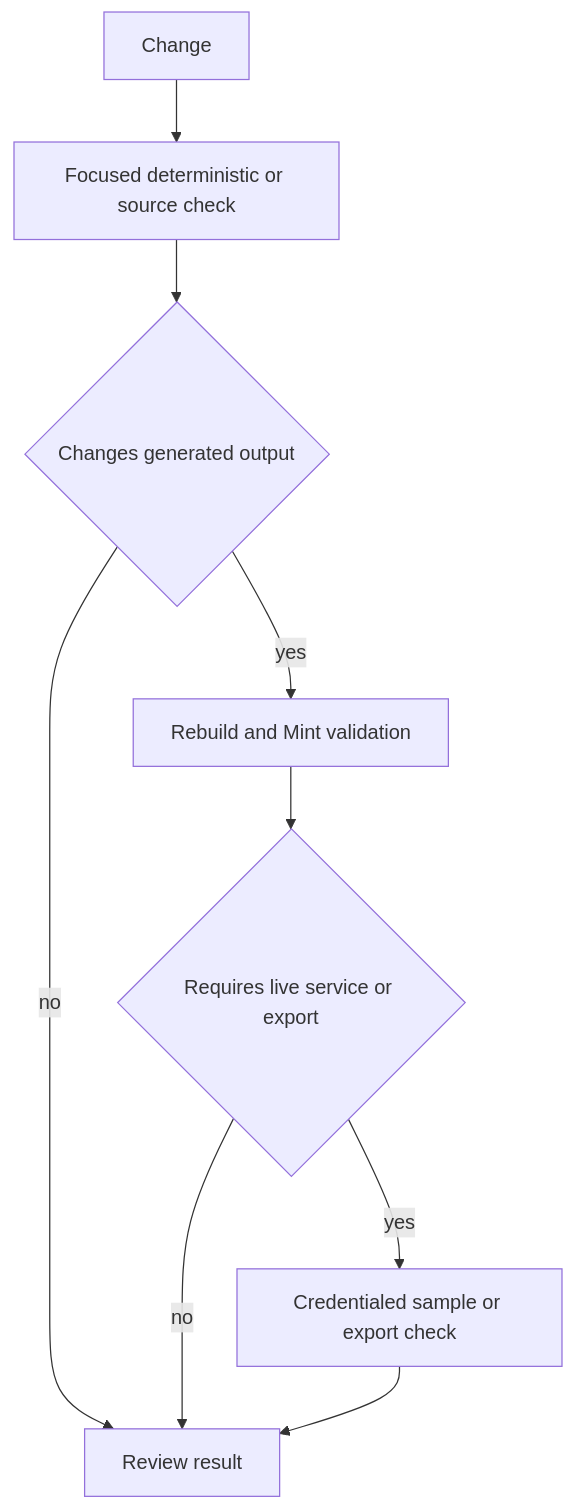
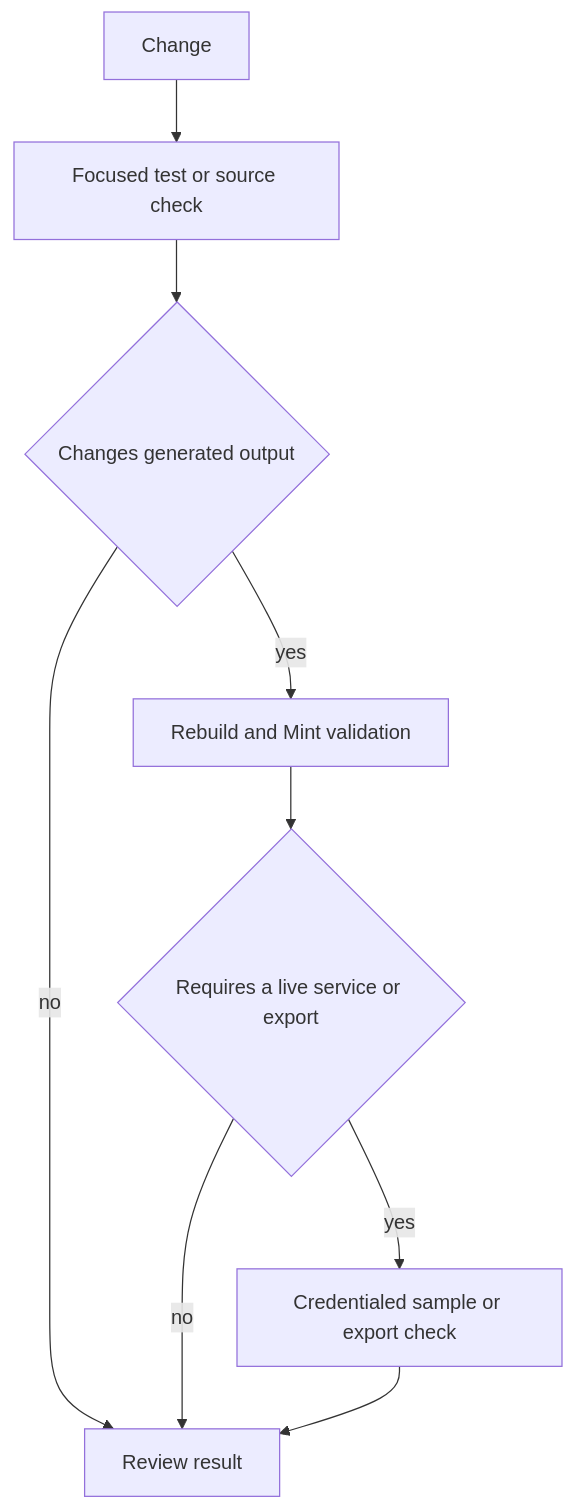
One commit to langchain-ai/docs changed the first of 2 diagrams in openwiki/testing/test-overview.md. Above: the diagram before and after it, drawn with Mermaid. The commit also changed other lines of this file and 20 other files, not shown here.

````diff
--- a/openwiki/testing/test-overview.md
+++ b/openwiki/testing/test-overview.md
@@ -56,11 +68,11 @@
 ```mermaid
 flowchart TD
-  Change["Change"] --> Focused["Focused deterministic or source check"]
+  Change["Change"] --> Focused["Focused test or source check"]
   Focused --> Output{"Changes generated output"}
   Output -->|"yes"| Build["Rebuild and Mint validation"]
-  Output -->|"no"| Done["Review result"]
-  Build --> Remote{"Requires live service or export"}
-  Remote -->|"yes"| Live["Credentialed sample or export check"]
-  Remote -->|"no"| Done
-  Live --> Done
+  Output -->|"no"| Review["Review result"]
+  Build --> Live{"Requires a live service or export"}
+  Live -->|"yes"| Remote["Credentialed sample or export check"]
+  Live -->|"no"| Review
+  Remote --> Review
 ```
````
